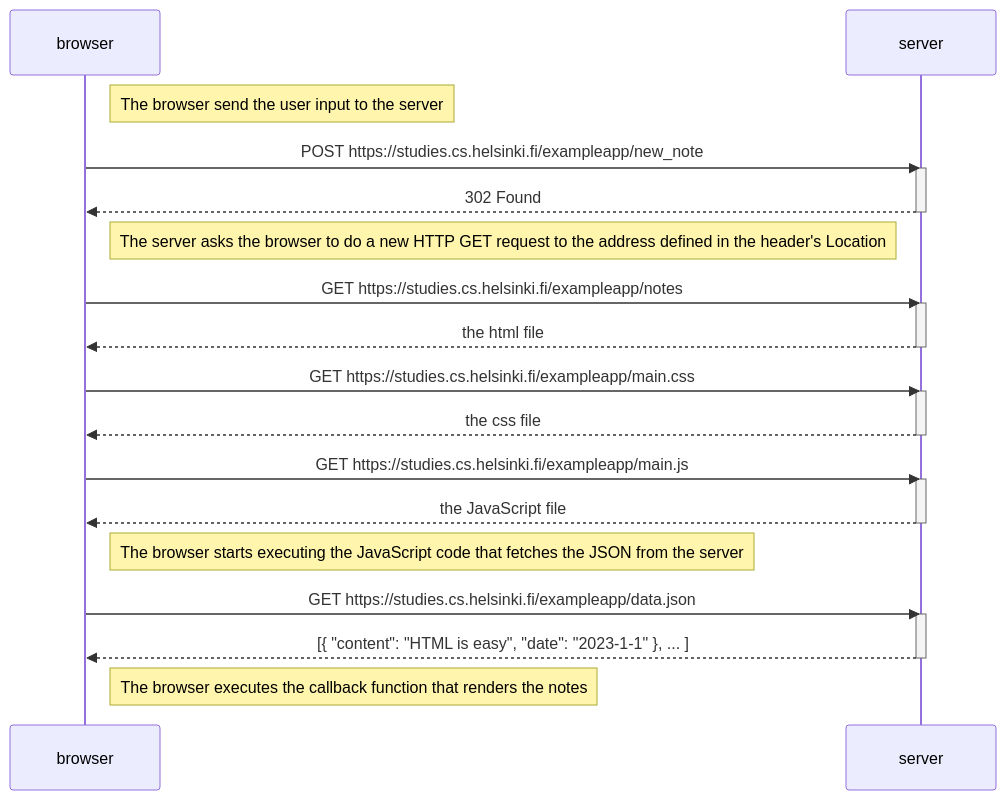
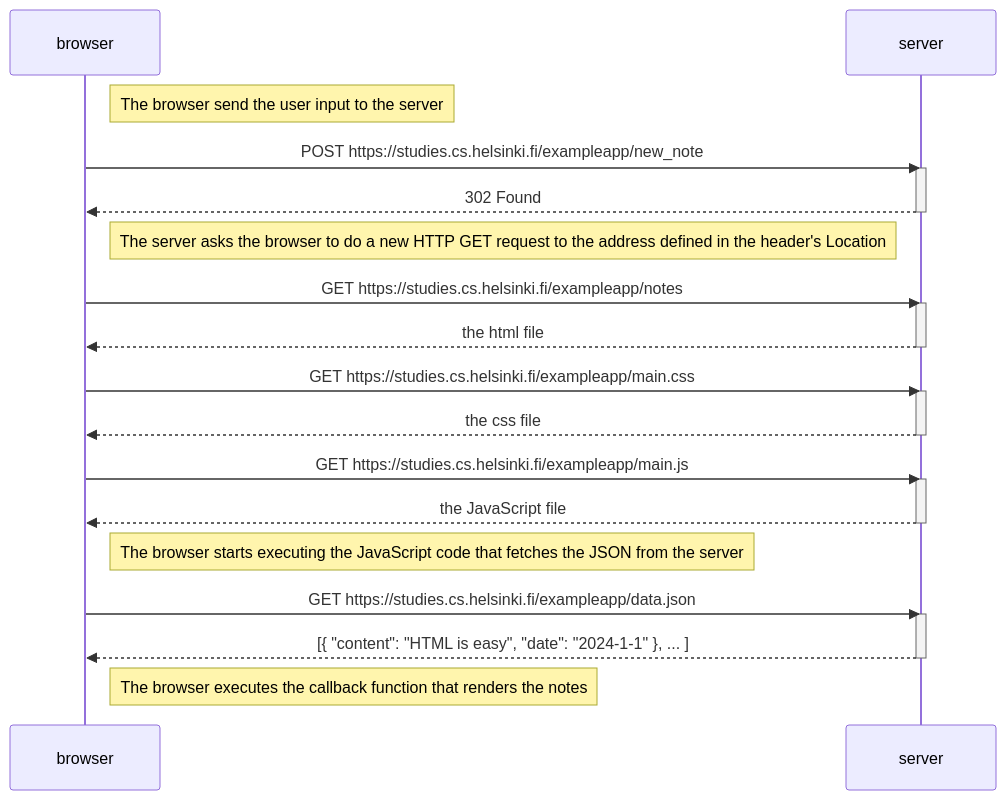
Before and after one commit to DesignThinkerer/fullstackopen: the diagram in part0/0.4_New note diagram.md, drawn with Mermaid.

Commit message:
update exercice for submission

````diff
--- a/part0/0.4_New note diagram.md
+++ b/part0/0.4_New note diagram.md
@@ -1,38 +1,38 @@
 ```mermaid
 sequenceDiagram
     participant browser
     participant server
 
     Note right of browser: The browser send the user input to the server
 
     browser->>server: POST https://studies.cs.helsinki.fi/exampleapp/new_note
     activate server
     server-->>browser: 302 Found
     deactivate server
 
     Note left of server:  The server asks the browser to do a new HTTP GET request to the address defined in the header's Location
 
     browser->>server: GET https://studies.cs.helsinki.fi/exampleapp/notes
     activate server
     server-->>browser: the html file
     deactivate server
 
     browser->>server: GET https://studies.cs.helsinki.fi/exampleapp/main.css
     activate server
     server-->>browser: the css file
     deactivate server
 
     browser->>server: GET https://studies.cs.helsinki.fi/exampleapp/main.js
     activate server
     server-->>browser: the JavaScript file
     deactivate server
 
     Note right of browser: The browser starts executing the JavaScript code that fetches the JSON from the server
 
     browser->>server: GET https://studies.cs.helsinki.fi/exampleapp/data.json
     activate server
-    server-->>browser: [{ "content": "HTML is easy", "date": "2023-1-1" }, ... ]
+    server-->>browser: [{ "content": "HTML is easy", "date": "2024-1-1" }, ... ]
     deactivate server
 
     Note right of browser: The browser executes the callback function that renders the notes
 ```
````
